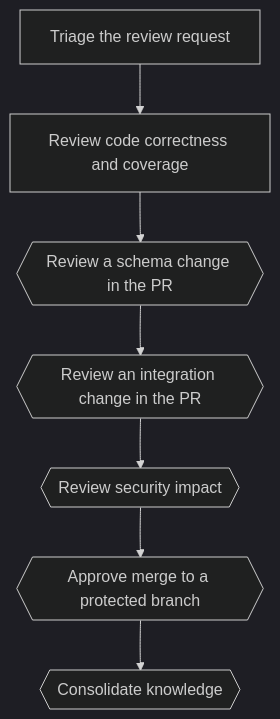
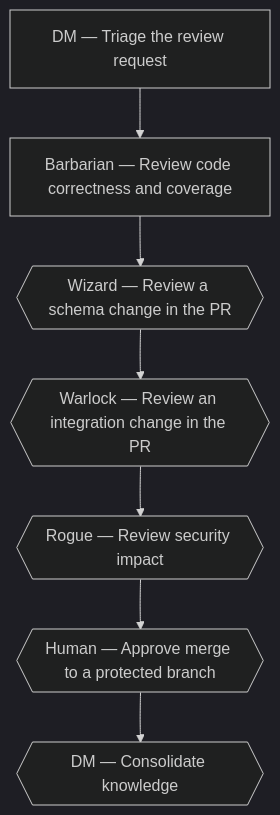
One commit to xavitoro/guild changed the diagram in .guild/core/workflows/review-pull-request/workflow.md. Above: the diagram before and after it, drawn with Mermaid (dark theme). The commit also changed other lines of this file and 129 other files, not shown here.

````diff
--- a/.guild/core/workflows/review-pull-request/workflow.md
+++ b/.guild/core/workflows/review-pull-request/workflow.md
@@ -17,16 +17,16 @@
 ```mermaid
 flowchart TD
-    review-pr-01-triage["Triage the review request"]
-    review-pr-02-review-code["Review code correctness and coverage"]
-    review-pr-03-review-schema{{"Review a schema change in the PR"}}
-    review-pr-04-review-integration{{"Review an integration change in the PR"}}
-    review-pr-05-threat-model{{"Review security impact"}}
-    review-pr-06-human-approval-merge{{"Approve merge to a protected branch"}}
-    review-pr-07-consolidate-knowledge{{"Consolidate knowledge"}}
+    review-pr-01-triage["DM — Triage the review request"]
+    review-pr-02-review-code["Barbarian — Review code correctness and coverage"]
+    review-pr-03-review-schema{{"Wizard — Review a schema change in the PR"}}
+    review-pr-04-review-integration{{"Warlock — Review an integration change in the PR"}}
+    review-pr-05-threat-model{{"Rogue — Review security impact"}}
+    review-pr-06-human-approval-merge{{"Human — Approve merge to a protected branch"}}
+    review-pr-07-consolidate-knowledge{{"DM — Consolidate knowledge"}}
     review-pr-01-triage --> review-pr-02-review-code
     review-pr-02-review-code --> review-pr-03-review-schema
     review-pr-03-review-schema --> review-pr-04-review-integration
     review-pr-04-review-integration --> review-pr-05-threat-model
     review-pr-05-threat-model --> review-pr-06-human-approval-merge
     review-pr-06-human-approval-merge --> review-pr-07-consolidate-knowledge
 ```
````
